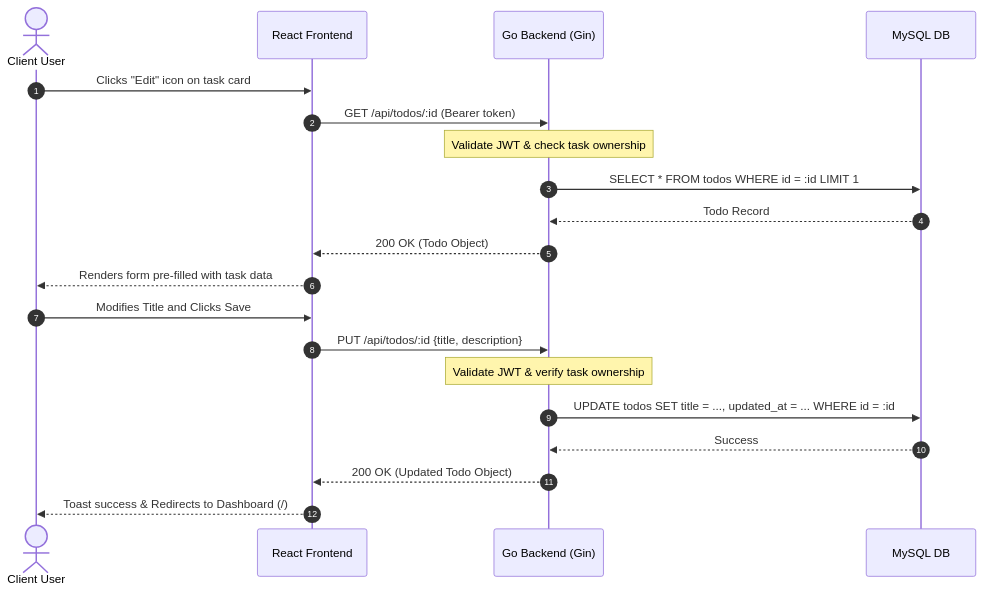
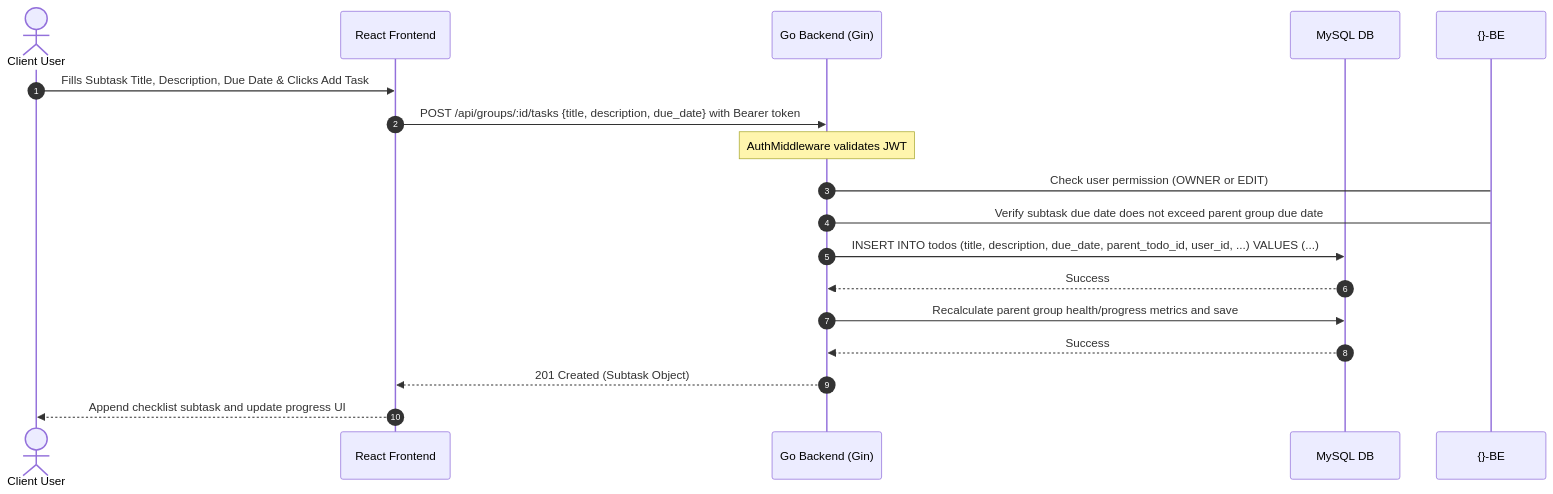
One commit to krishnabhambani/Todo---KreditBee changed the fourth of 5 diagrams in walkthrough.md. Above: the diagram before and after it, drawn with Mermaid. The commit also changed other lines of this file and 6 other files, not shown here.

Commit message:
updated auth flow

````diff
--- a/walkthrough.md
+++ b/walkthrough.md
@@ -693,23 +487,20 @@
 ```mermaid
 sequenceDiagram
     autonumber
     actor User as Client User
     participant FE as React Frontend
     participant BE as Go Backend (Gin)
     participant DB as MySQL DB
 
-    User->>FE: Clicks "Edit" icon on task card
-    FE->>BE: GET /api/todos/:id (Bearer token)
-    Note over BE: Validate JWT & check task ownership
-    BE->>DB: SELECT * FROM todos WHERE id = :id LIMIT 1
-    DB-->>BE: Todo Record
-    BE-->>FE: 200 OK (Todo Object)
-    FE-->>User: Renders form pre-filled with task data
-    User->>FE: Modifies Title and Clicks Save
-    FE->>BE: PUT /api/todos/:id {title, description}
-    Note over BE: Validate JWT & verify task ownership
-    BE->>DB: UPDATE todos SET title = ..., updated_at = ... WHERE id = :id
+    User->>FE: Fills Subtask Title, Description, Due Date & Clicks Add Task
+    FE->>BE: POST /api/groups/:id/tasks {title, description, due_date} with Bearer token
+    Note over BE: AuthMiddleware validates JWT
+    BE->{}-BE: Check user permission (OWNER or EDIT)
+    BE->{}-BE: Verify subtask due date does not exceed parent group due date
+    BE->>DB: INSERT INTO todos (title, description, due_date, parent_todo_id, user_id, ...) VALUES (...)
     DB-->>BE: Success
-    BE-->>FE: 200 OK (Updated Todo Object)
-    FE-->>User: Toast success & Redirects to Dashboard (/)
+    BE->>DB: Recalculate parent group health/progress metrics and save
+    DB-->>BE: Success
+    BE-->>FE: 201 Created (Subtask Object)
+    FE-->>User: Append checklist subtask and update progress UI
 ```
````
